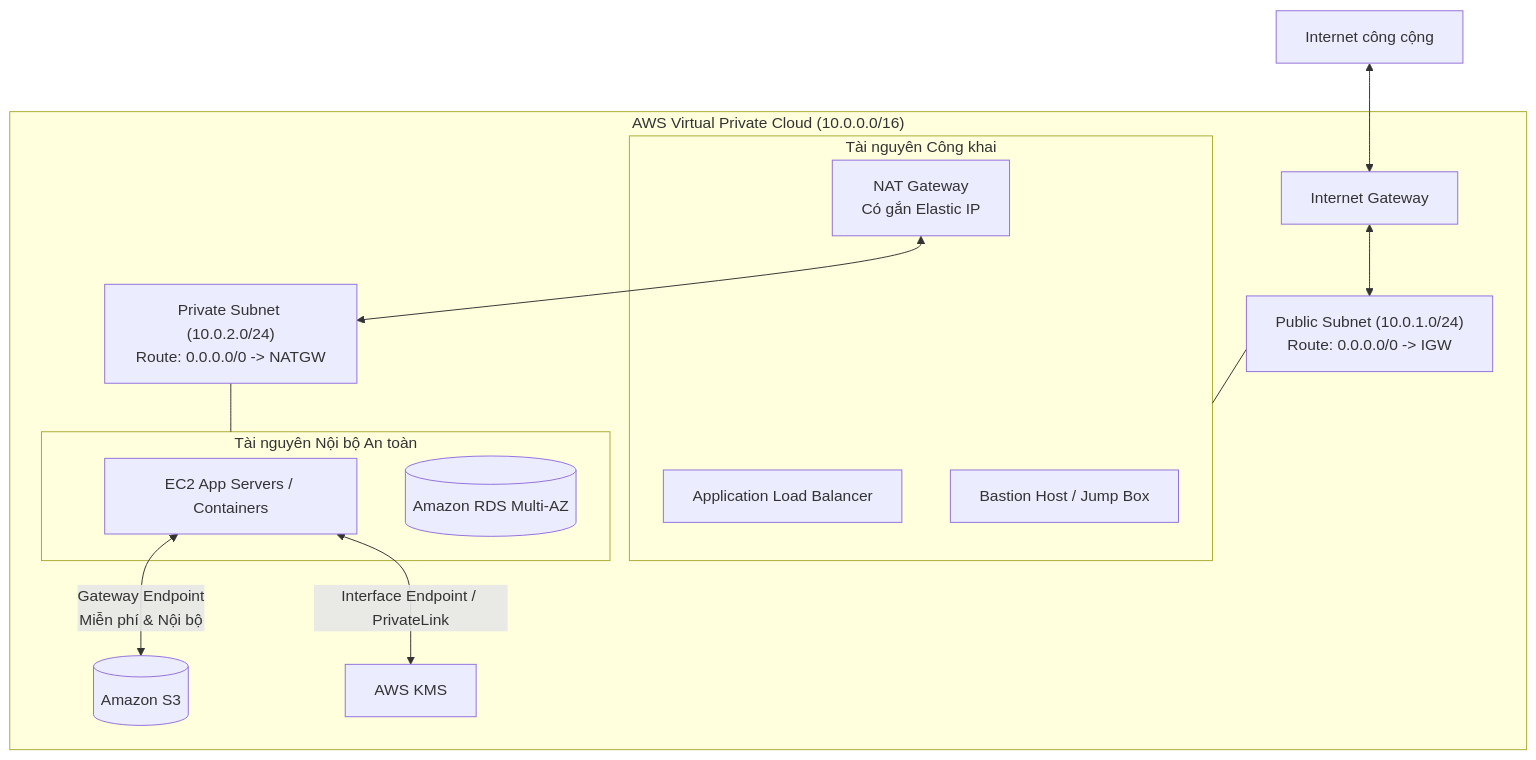
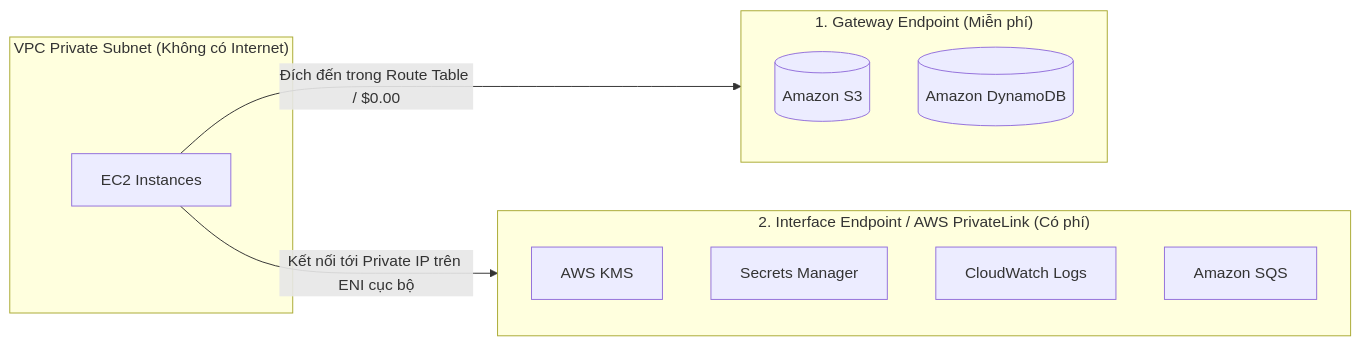
The third of 4 diagrams in AWS_Services/VPC_Networking.md (nhatphanhk/AWS_XBrain_Note), drawn with Mermaid before and after one commit. The commit also changed other lines of this file and 15 other files, not shown here.

````diff
--- a/AWS_Services/VPC_Networking.md
+++ b/AWS_Services/VPC_Networking.md
@@ -21,26 +100,21 @@
 ```mermaid
-flowchart TD
-    Internet[Internet công cộng] <--> IGW[Internet Gateway]
-    
-    subgraph VPC["AWS Virtual Private Cloud (10.0.0.0/16)"]
-        IGW <--> PublicSubnet["Public Subnet (10.0.1.0/24)\nRoute: 0.0.0.0/0 -> IGW"]
-        
-        subgraph PublicResources[Tài nguyên Công khai]
-            ALB[Application Load Balancer]
-            NATGW[NAT Gateway\nCó gắn Elastic IP]
-            Bastion[Bastion Host / Jump Box]
-        end
-        PublicSubnet --- PublicResources
-        
-        NATGW <--> PrivateSubnet["Private Subnet (10.0.2.0/24)\nRoute: 0.0.0.0/0 -> NATGW"]
-        
-        subgraph PrivateResources[Tài nguyên Nội bộ An toàn]
-            App[EC2 App Servers / Containers]
-            RDS[(Amazon RDS Multi-AZ)]
-        end
-        PrivateSubnet --- PrivateResources
-        
-        App <-->|Gateway Endpoint\nMiễn phí & Nội bộ| S3[(Amazon S3)]
-        App <-->|Interface Endpoint / PrivateLink| KMS[AWS KMS]
+flowchart LR
+    subgraph PrivateSubnet["VPC Private Subnet (Không có Internet)"]
+        EC2App[EC2 Instances]
     end
+
+    subgraph GatewayEP["1. Gateway Endpoint (Miễn phí)"]
+        S3[(Amazon S3)]
+        DDB[(Amazon DynamoDB)]
+    end
+
+    subgraph InterfaceEP["2. Interface Endpoint / AWS PrivateLink (Có phí)"]
+        KMS[AWS KMS]
+        SM[Secrets Manager]
+        CW[CloudWatch Logs]
+        SQS[Amazon SQS]
+    end
+
+    EC2App -->|Đích đến trong Route Table / $0.00| GatewayEP
+    EC2App -->|Kết nối tới Private IP trên ENI cục bộ| InterfaceEP
 ```
````
